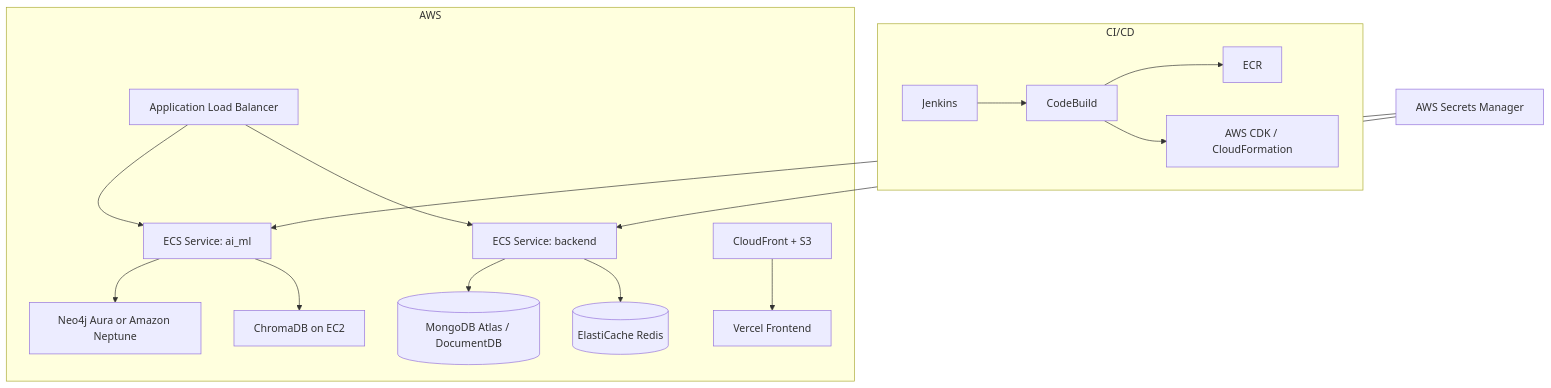
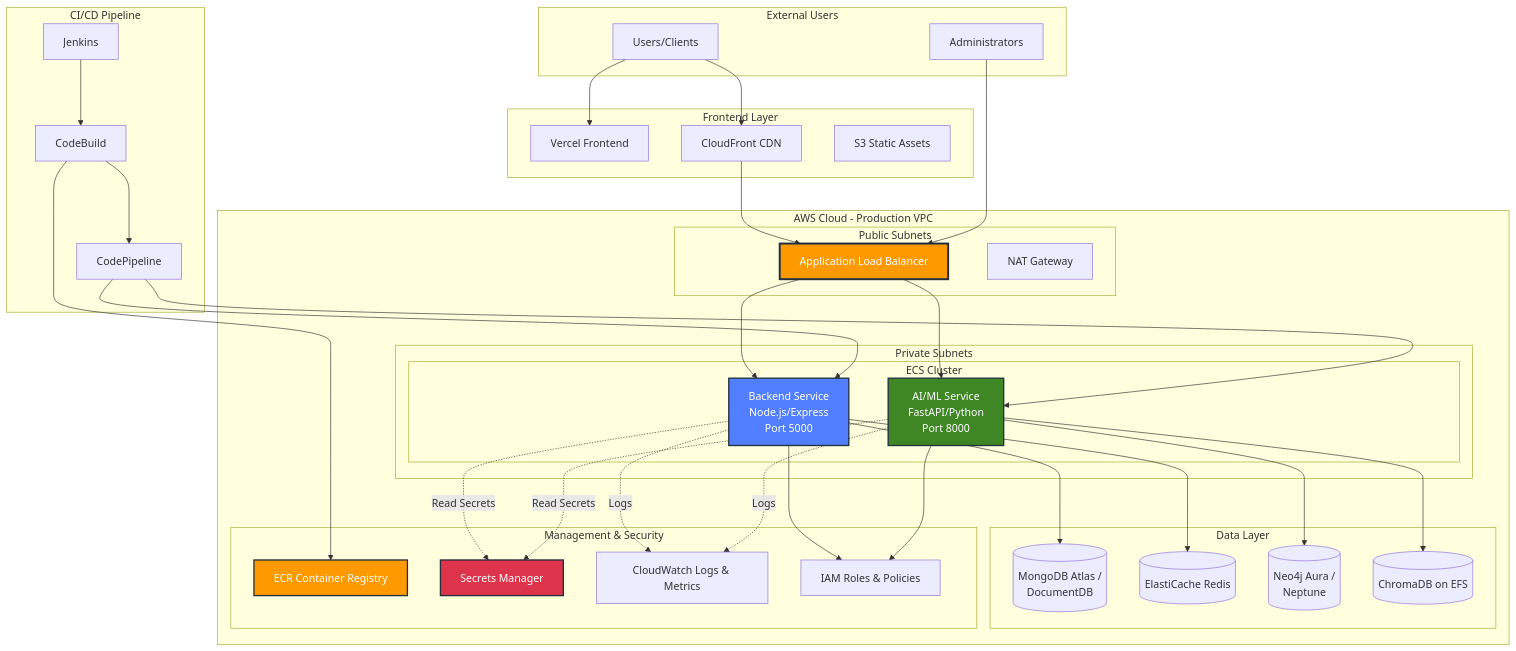
Before and after one commit to Derek-miranda/DocuThinker-AI: the first of 3 diagrams in aws/README.md, drawn with Mermaid. The commit also changed other lines of this file and 7 other files, not shown here.

````diff
--- a/aws/README.md
+++ b/aws/README.md
@@ -11,21 +76,81 @@
 ```mermaid
 graph TB
-    subgraph CI/CD
-        J[Jenkins] --> CB[CodeBuild]
-        CB --> ECR[ECR]
-        CB --> CDK[AWS CDK / CloudFormation]
+    subgraph "External Users"
+        USER[Users/Clients]
+        ADMIN[Administrators]
     end
 
-    subgraph AWS
-        ALB[Application Load Balancer] --> API[ECS Service: backend]
-        ALB --> AIML[ECS Service: ai_ml]
-        AIML --> NEODB[Neo4j Aura or Amazon Neptune]
-        AIML --> CHROMA[ChromaDB on EC2]
-        API --> RDS[(MongoDB Atlas / DocumentDB)]
-        API --> REDIS[(ElastiCache Redis)]
-        CloudFront[CloudFront + S3] --> Vercel[Vercel Frontend]
+    subgraph "Frontend Layer"
+        VERCEL[Vercel Frontend]
+        CF[CloudFront CDN]
+        S3[S3 Static Assets]
     end
 
-    SecretsManager[AWS Secrets Manager] --> AIML
-    SecretsManager --> API
+    subgraph "AWS Cloud - Production VPC"
+        subgraph "Public Subnets"
+            ALB[Application Load Balancer]
+            NAT[NAT Gateway]
+        end
+
+        subgraph "Private Subnets"
+            subgraph "ECS Cluster"
+                BACKEND[Backend Service<br/>Node.js/Express<br/>Port 5000]
+                AIML[AI/ML Service<br/>FastAPI/Python<br/>Port 8000]
+            end
+        end
+
+        subgraph "Data Layer"
+            MONGO[(MongoDB Atlas /<br/>DocumentDB)]
+            REDIS[(ElastiCache Redis)]
+            NEO4J[(Neo4j Aura /<br/>Neptune)]
+            CHROMA[(ChromaDB on EFS)]
+        end
+
+        subgraph "Management & Security"
+            ECR[ECR Container Registry]
+            SM[Secrets Manager]
+            CW[CloudWatch Logs & Metrics]
+            IAM[IAM Roles & Policies]
+        end
+    end
+
+    subgraph "CI/CD Pipeline"
+        JENKINS[Jenkins]
+        CB[CodeBuild]
+        CDP[CodePipeline]
+    end
+
+    USER --> VERCEL
+    USER --> CF
+    CF --> ALB
+    ADMIN --> ALB
+
+    ALB --> BACKEND
+    ALB --> AIML
+
+    BACKEND --> MONGO
+    BACKEND --> REDIS
+    AIML --> NEO4J
+    AIML --> CHROMA
+
+    BACKEND -.->|Read Secrets| SM
+    AIML -.->|Read Secrets| SM
+
+    BACKEND -.->|Logs| CW
+    AIML -.->|Logs| CW
+
+    JENKINS --> CB
+    CB --> ECR
+    CB --> CDP
+    CDP --> BACKEND
+    CDP --> AIML
+
+    BACKEND --> IAM
+    AIML --> IAM
+
+    style ALB fill:#FF9900,stroke:#232F3E,stroke-width:3px,color:#fff
+    style BACKEND fill:#527FFF,stroke:#232F3E,stroke-width:2px,color:#fff
+    style AIML fill:#3F8624,stroke:#232F3E,stroke-width:2px,color:#fff
+    style ECR fill:#FF9900,stroke:#232F3E,stroke-width:2px,color:#fff
+    style SM fill:#DD344C,stroke:#232F3E,stroke-width:2px,color:#fff
 ```
````
